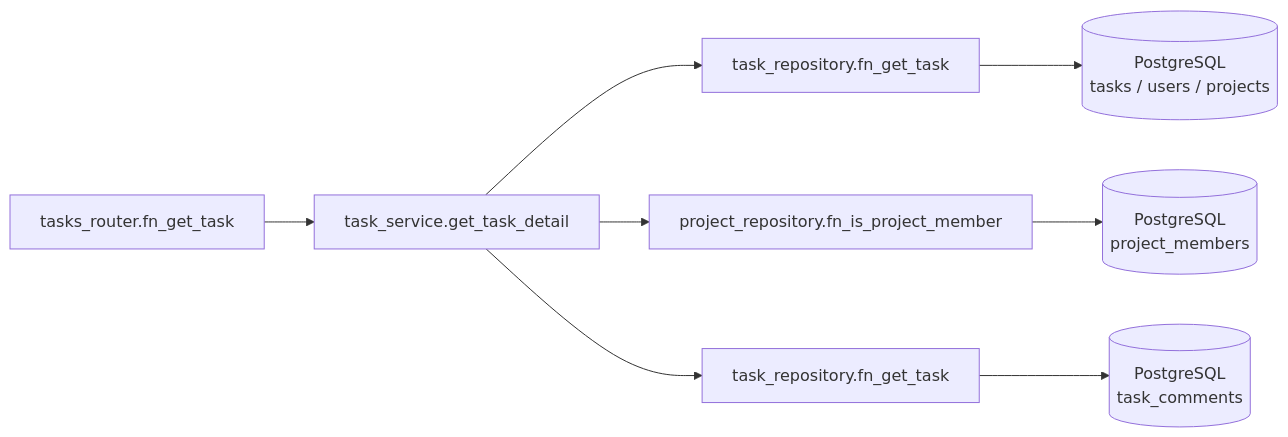
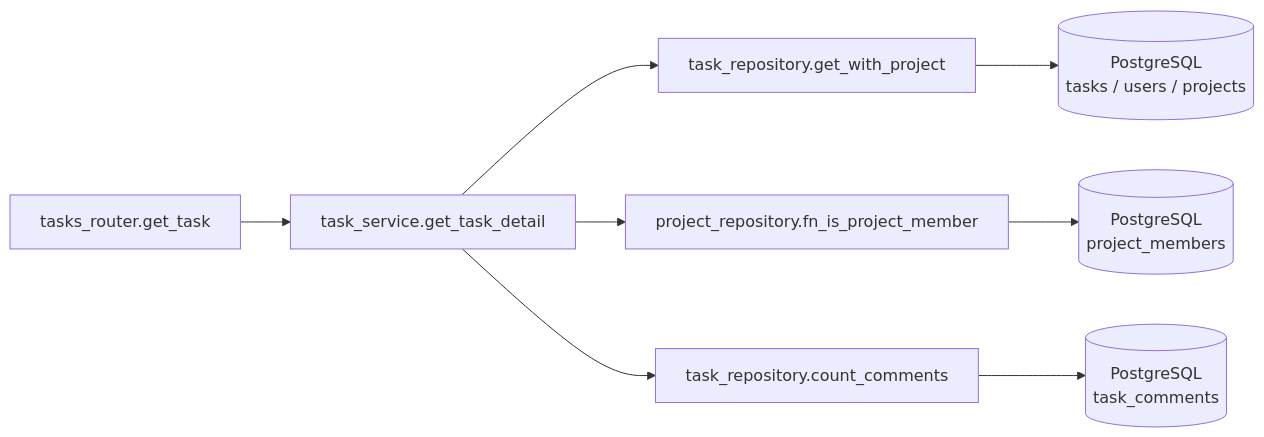
The third of 4 diagrams in detailed_design/api/tasks/03_get_task.md (oikawa-d/task_management), drawn with Mermaid before and after one commit. The commit also changed other lines of this file and 6 other files, not shown here.

````diff
--- a/detailed_design/api/tasks/03_get_task.md
+++ b/detailed_design/api/tasks/03_get_task.md
@@ -201,10 +201,10 @@
 ```mermaid
 flowchart LR
-    R["tasks_router.fn_get_task"] --> S["task_service.get_task_detail"]
-    S --> TR["task_repository.fn_get_task"]
+    R["tasks_router.get_task"] --> S["task_service.get_task_detail"]
+    S --> TR["task_repository.get_with_project"]
     S --> PR["project_repository.fn_is_project_member"]
-    S --> CC["task_repository.fn_get_task"]
+    S --> CC["task_repository.count_comments"]
     TR --> DB[("PostgreSQL<br/>tasks / users / projects")]
     PR --> DBM[("PostgreSQL<br/>project_members")]
     CC --> DBC[("PostgreSQL<br/>task_comments")]
 ```
````
